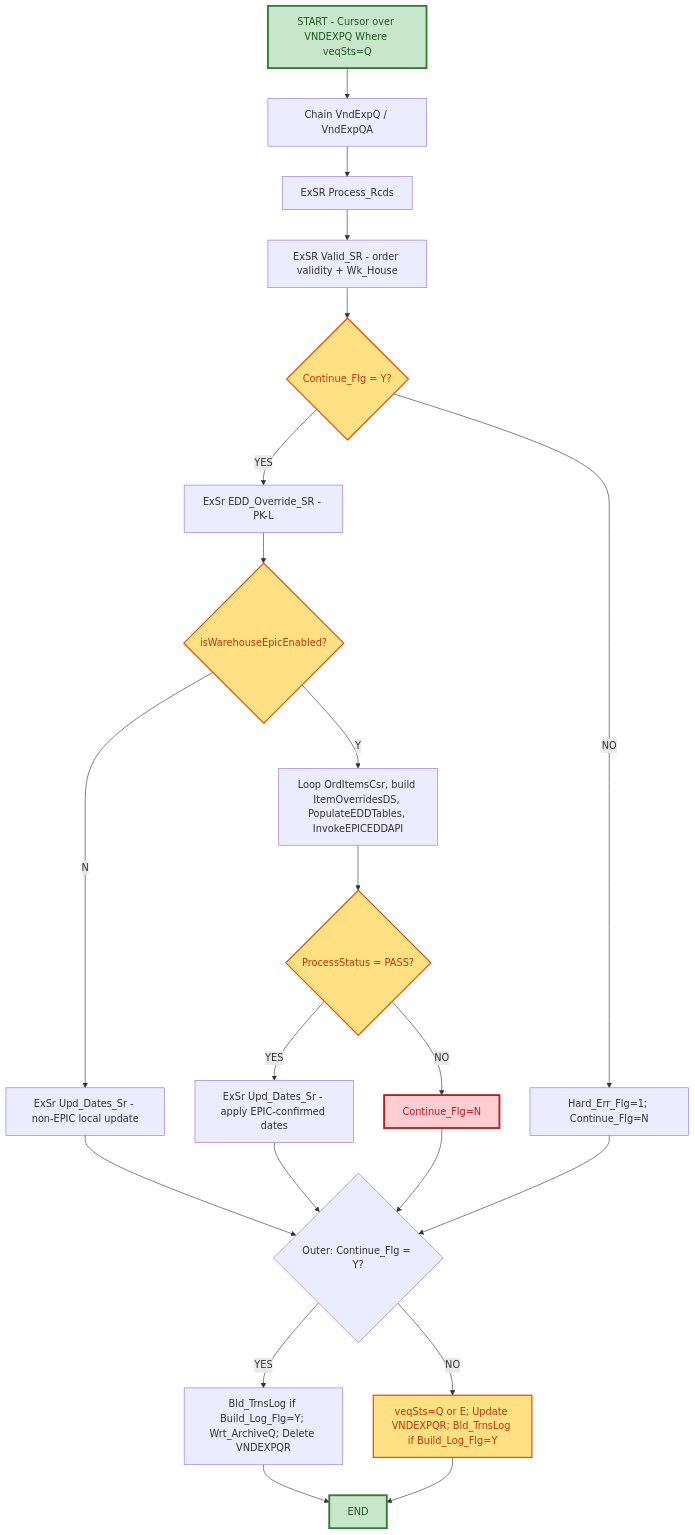
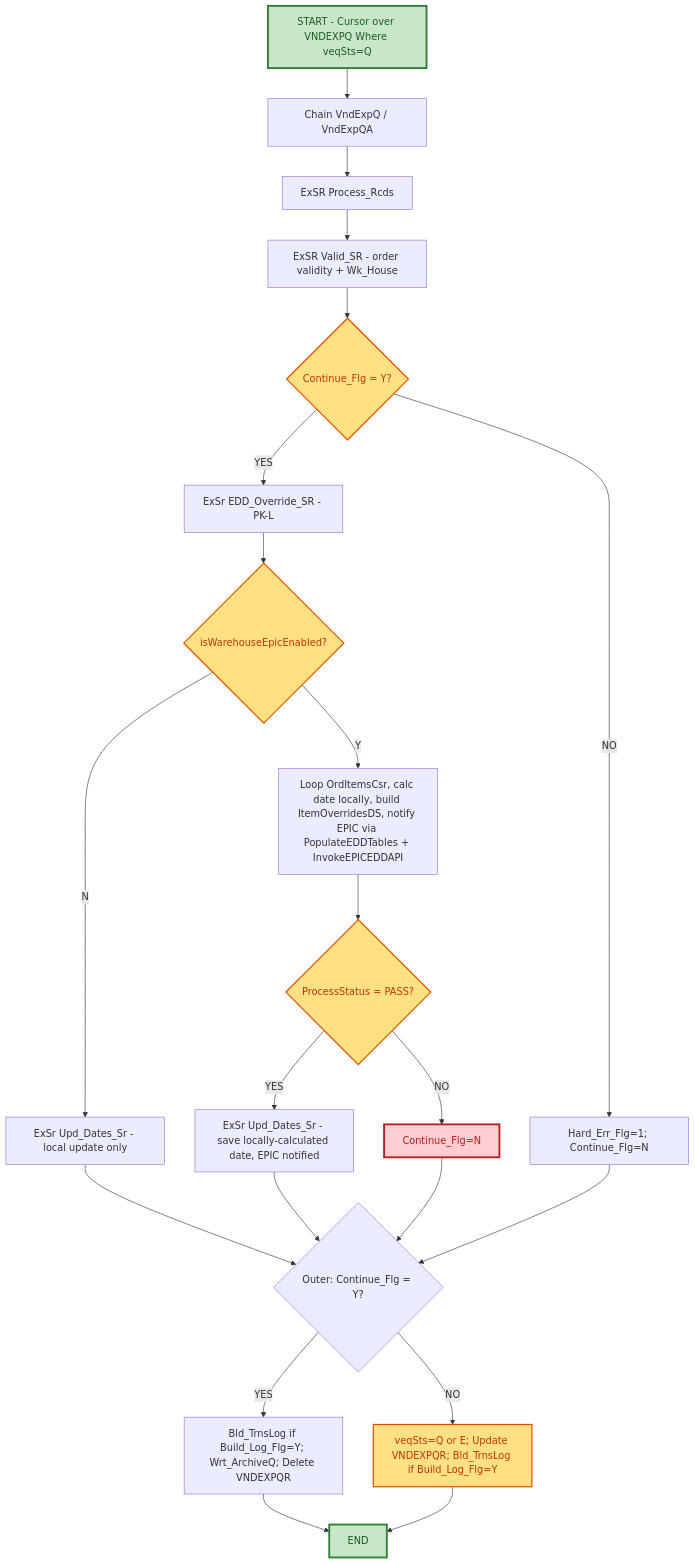
Before and after one commit to PremKumarKollabathula/CS396H-Support-Hand-off: the diagram in CS396H-SOP.md, drawn with Mermaid. The commit also changed other lines of this file, not shown here.

````diff
--- a/CS396H-SOP.md
+++ b/CS396H-SOP.md
@@ -61,31 +62,31 @@
 ```mermaid
 graph TD
     A[START - Cursor over VNDEXPQ Where veqSts=Q] --> B[Chain VndExpQ / VndExpQA]
     B --> C[ExSR Process_Rcds]
     C --> D[ExSR Valid_SR - order validity + Wk_House]
     D --> E{Continue_Flg = Y?}
     E -->|NO| F[Hard_Err_Flg=1; Continue_Flg=N]
     E -->|YES| G[ExSr EDD_Override_SR - PK-L]
     G --> H{isWarehouseEpicEnabled?}
-    H -->|N| I[ExSr Upd_Dates_Sr - non-EPIC local update]
-    H -->|Y| J[Loop OrdItemsCsr, build ItemOverridesDS, PopulateEDDTables, InvokeEPICEDDAPI]
+    H -->|N| I[ExSr Upd_Dates_Sr - local update only]
+    H -->|Y| J[Loop OrdItemsCsr, calc date locally, build ItemOverridesDS, notify EPIC via PopulateEDDTables + InvokeEPICEDDAPI]
     J --> K{ProcessStatus = PASS?}
-    K -->|YES| L[ExSr Upd_Dates_Sr - apply EPIC-confirmed dates]
+    K -->|YES| L[ExSr Upd_Dates_Sr - save locally-calculated date, EPIC notified]
     K -->|NO| M[Continue_Flg=N]
     I --> N{Outer: Continue_Flg = Y?}
     L --> N
     M --> N
     F --> N
     N -->|YES| O[Bld_TrnsLog if Build_Log_Flg=Y; Wrt_ArchiveQ; Delete VNDEXPQR]
     N -->|NO| P[veqSts=Q or E; Update VNDEXPQR; Bld_TrnsLog if Build_Log_Flg=Y]
     O --> Z[END]
     P --> Z
 
     style A fill:#C8E6C9,stroke:#2E7D32,stroke-width:3px,color:#1B5E20
     style Z fill:#C8E6C9,stroke:#2E7D32,stroke-width:3px,color:#1B5E20
     style M fill:#FFCDD2,stroke:#B71C1C,stroke-width:3px,color:#B71C1C
     style P fill:#FFE082,stroke:#E65100,stroke-width:2px,color:#BF360C
     style H fill:#FFE082,stroke:#E65100,stroke-width:2px,color:#BF360C
     style K fill:#FFE082,stroke:#E65100,stroke-width:2px,color:#BF360C
     style E fill:#FFE082,stroke:#E65100,stroke-width:2px,color:#BF360C
 ```
````
